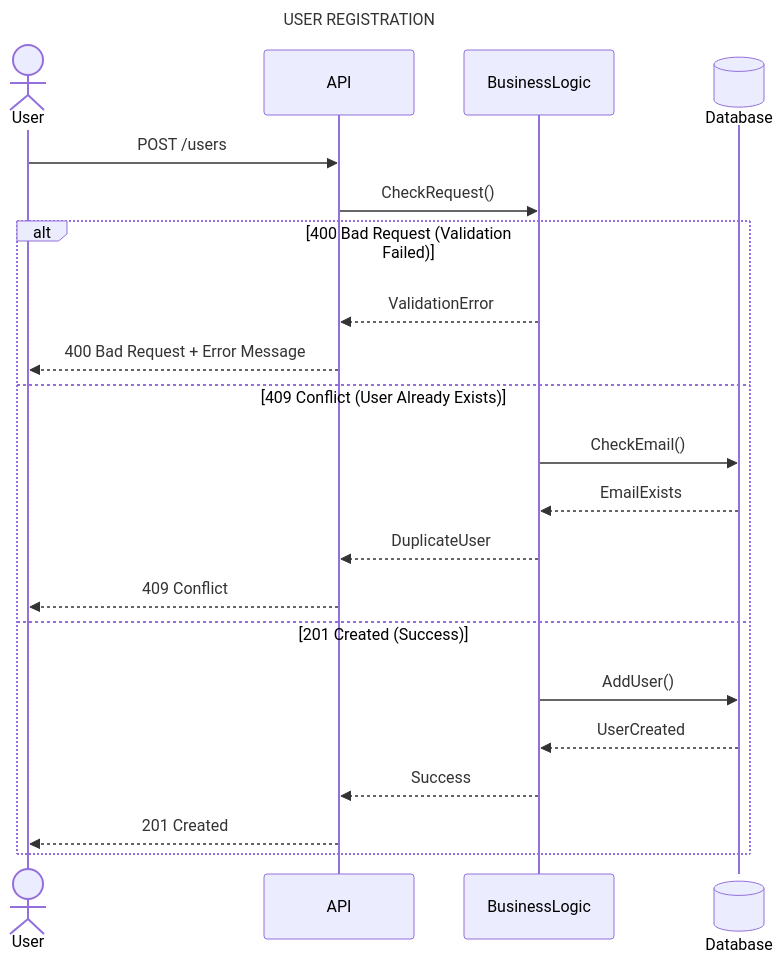
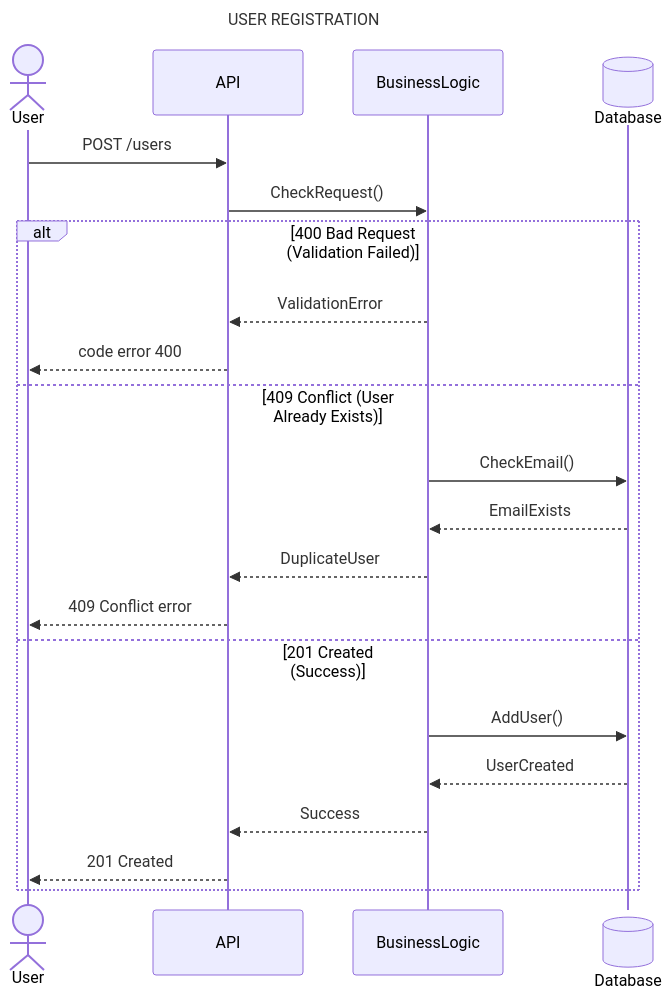
The diagram in part1/Sequence Diagrams for API Calls (task 2)/Sequence_Diagrams_User_Registration.mermaid (EnzoMessaoudi/holbertonschool-hbnb), drawn with Mermaid before and after one commit.

Commit message:
ADD codee errors

```diff
--- a/part1/Sequence Diagrams for API Calls (task 2)/Sequence_Diagrams_User_Registration.mermaid
+++ b/part1/Sequence Diagrams for API Calls (task 2)/Sequence_Diagrams_User_Registration.mermaid
@@ -1,24 +1,24 @@
 sequenceDiagram
 title USER REGISTRATION
 actor User
 participant API
 participant BusinessLogic
 participant Database@{ "type" : "database" }
 
 User->>API: POST /users
 API->>BusinessLogic: CheckRequest()
 
 alt 400 Bad Request (Validation Failed)
     BusinessLogic-->>API: ValidationError
-    API-->>User: 400 Bad Request + Error Message
+    API-->>User: code error 400
 else 409 Conflict (User Already Exists)
     BusinessLogic->>Database: CheckEmail()
     Database-->>BusinessLogic: EmailExists
     BusinessLogic-->>API: DuplicateUser
-    API-->>User: 409 Conflict
+    API-->>User: 409 Conflict error
 else 201 Created (Success)
     BusinessLogic->>Database: AddUser()
     Database-->>BusinessLogic: UserCreated
     BusinessLogic-->>API: Success
     API-->>User: 201 Created
 end
```
